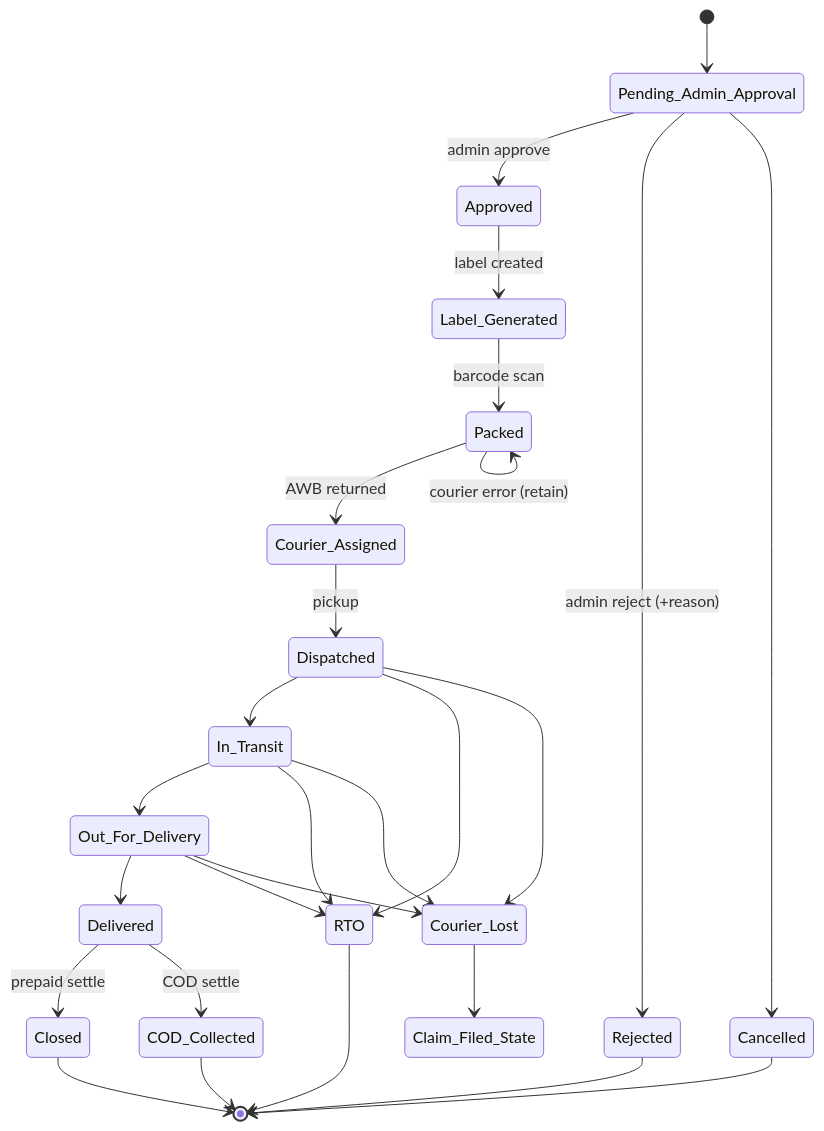
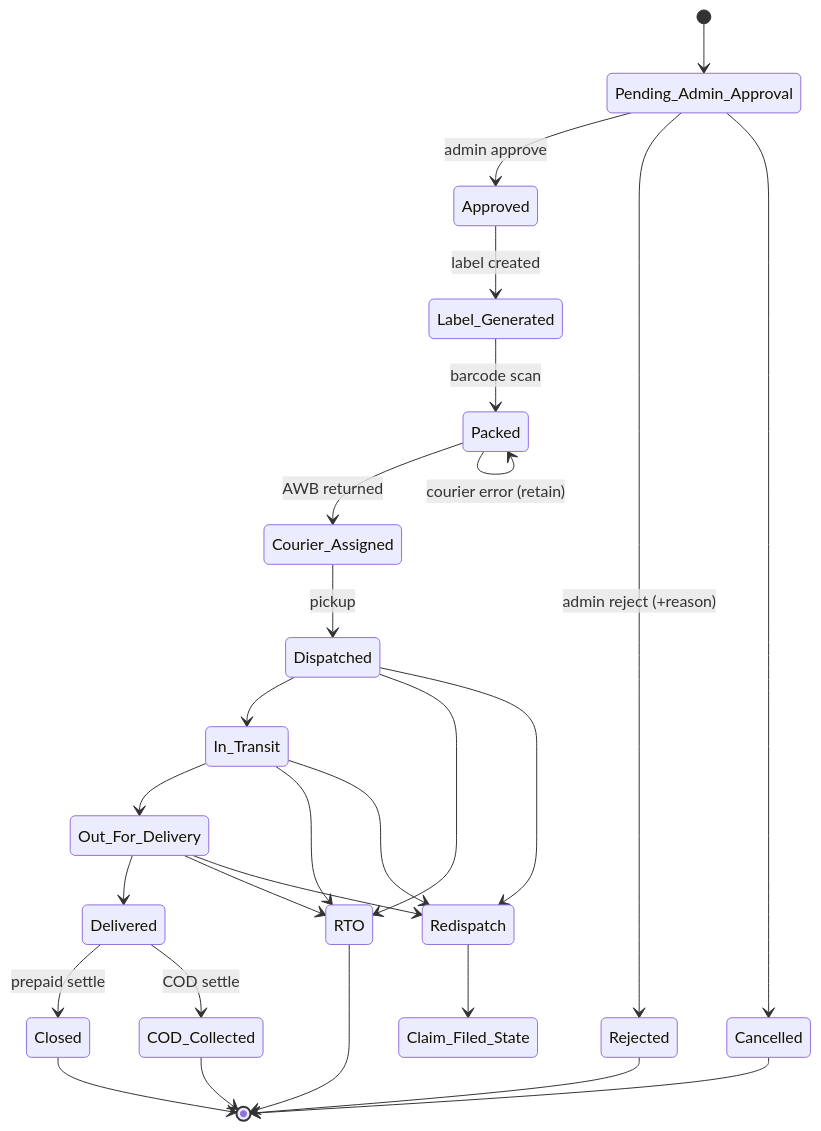
One commit to gangwalparul19/Shifa-Software changed the third of 3 diagrams in .kiro/specs/shifa-herbal-remedies/design.md. Above: the diagram before and after it, drawn with Mermaid. The commit also changed other lines of this file and 52 other files, not shown here.

````diff
--- a/.kiro/specs/shifa-herbal-remedies/design.md
+++ b/.kiro/specs/shifa-herbal-remedies/design.md
@@ -388,29 +388,29 @@
 ```mermaid
 stateDiagram-v2
     [*] --> Pending_Admin_Approval
     Pending_Admin_Approval --> Approved: admin approve
     Pending_Admin_Approval --> Rejected: admin reject (+reason)
     Pending_Admin_Approval --> Cancelled
     Approved --> Label_Generated: label created
     Label_Generated --> Packed: barcode scan
     Packed --> Courier_Assigned: AWB returned
     Packed --> Packed: courier error (retain)
     Courier_Assigned --> Dispatched: pickup
     Dispatched --> In_Transit
     In_Transit --> Out_For_Delivery
     Out_For_Delivery --> Delivered
     In_Transit --> RTO
     Out_For_Delivery --> RTO
     Dispatched --> RTO
-    Dispatched --> Courier_Lost
-    In_Transit --> Courier_Lost
-    Out_For_Delivery --> Courier_Lost
+    Dispatched --> Redispatch
+    In_Transit --> Redispatch
+    Out_For_Delivery --> Redispatch
     Delivered --> Closed: prepaid settle
     Delivered --> COD_Collected: COD settle
     COD_Collected --> [*]
     Closed --> [*]
     RTO --> [*]
-    Courier_Lost --> Claim_Filed_State
+    Redispatch --> Claim_Filed_State
     Rejected --> [*]
     Cancelled --> [*]
 ```
````
